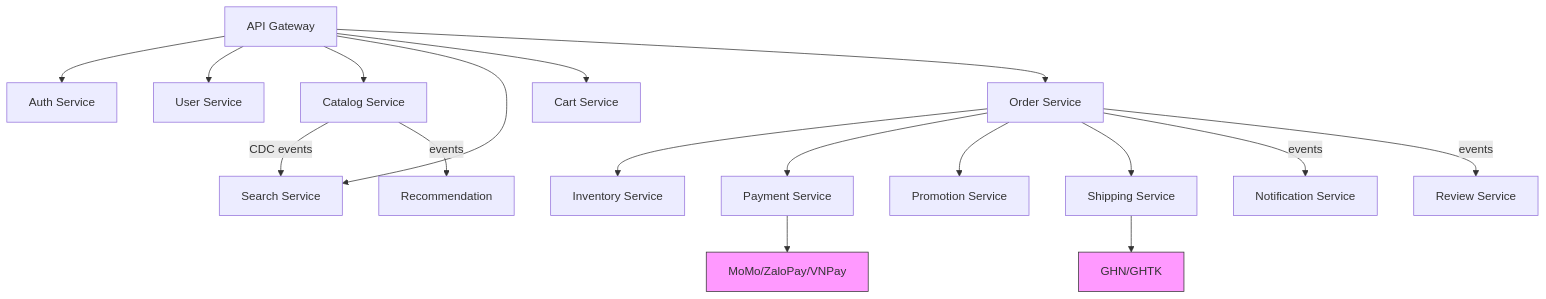
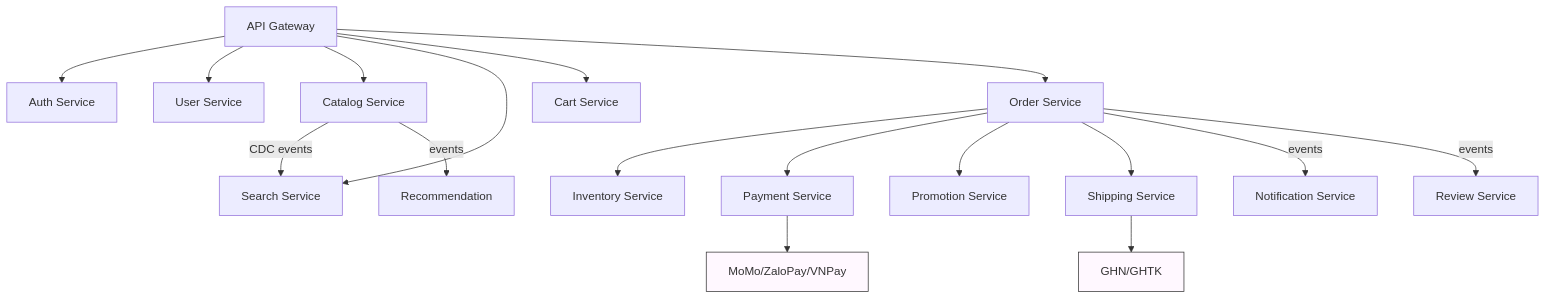
Before and after one commit to vanhiep99w/microservice-learn: the third of 18 diagrams in 25-case-study-ecommerce.md, drawn with Mermaid. The commit also changed other lines of this file, not shown here.

````diff
--- a/25-case-study-ecommerce.md
+++ b/25-case-study-ecommerce.md
@@ -449,26 +449,26 @@
 ```mermaid
 graph TD
     GW[API Gateway]
     GW --> AUTH[Auth Service]
     GW --> USR[User Service]
     GW --> CAT[Catalog Service]
     GW --> SEA[Search Service]
     GW --> CRT[Cart Service]
     GW --> ORD[Order Service]
 
     ORD --> INV[Inventory Service]
     ORD --> PAY[Payment Service]
     ORD --> PRM[Promotion Service]
     ORD --> SHP[Shipping Service]
 
     PAY --> EXT_PAY[MoMo/ZaloPay/VNPay]
     SHP --> EXT_SHP[GHN/GHTK]
 
     CAT -->|CDC events| SEA
     CAT -->|events| REC[Recommendation]
     ORD -->|events| NTF[Notification Service]
     ORD -->|events| REV[Review Service]
 
-    style EXT_PAY fill:#f9f,stroke:#333
-    style EXT_SHP fill:#f9f,stroke:#333
+    style EXT_PAY fill:#f9f1,stroke:#333
+    style EXT_SHP fill:#f9f1,stroke:#333
 ```
````
